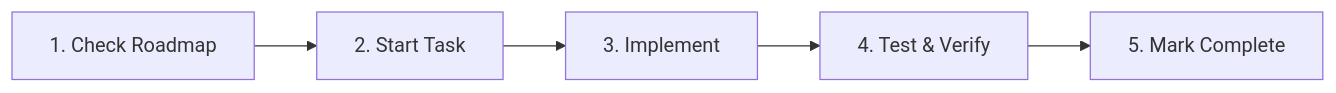
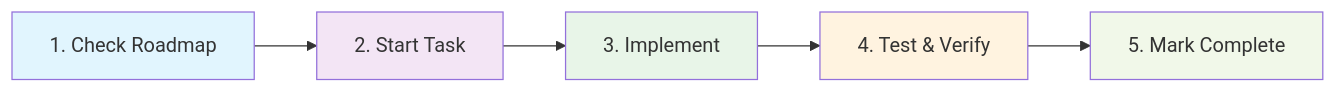
The first of 2 diagrams in [BACKUP - DONT TOUCH - DONT USE]/DEVELOPMENT_GUIDE.md (igianni84/woo-ai-assistant), drawn with Mermaid before and after one commit. The commit also changed other lines of this file and 85 other files, not shown here.

````diff
--- a/[BACKUP - DONT TOUCH - DONT USE]/DEVELOPMENT_GUIDE.md
+++ b/[BACKUP - DONT TOUCH - DONT USE]/DEVELOPMENT_GUIDE.md
@@ -153,7 +248,13 @@
 ```mermaid
 graph LR
     A[1. Check Roadmap] --> B[2. Start Task]
     B --> C[3. Implement]
     C --> D[4. Test & Verify]
     D --> E[5. Mark Complete]
+    
+    style A fill:#e1f5fe
+    style B fill:#f3e5f5
+    style C fill:#e8f5e8
+    style D fill:#fff3e0
+    style E fill:#f1f8e9
 ```
````
